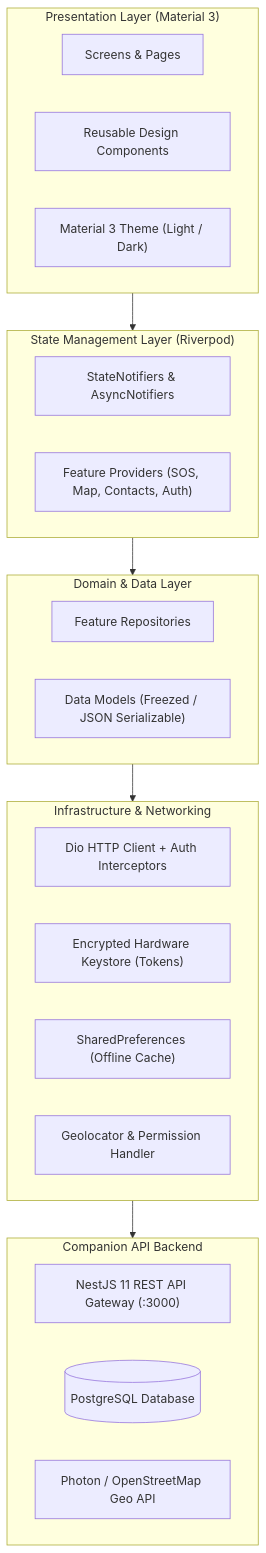
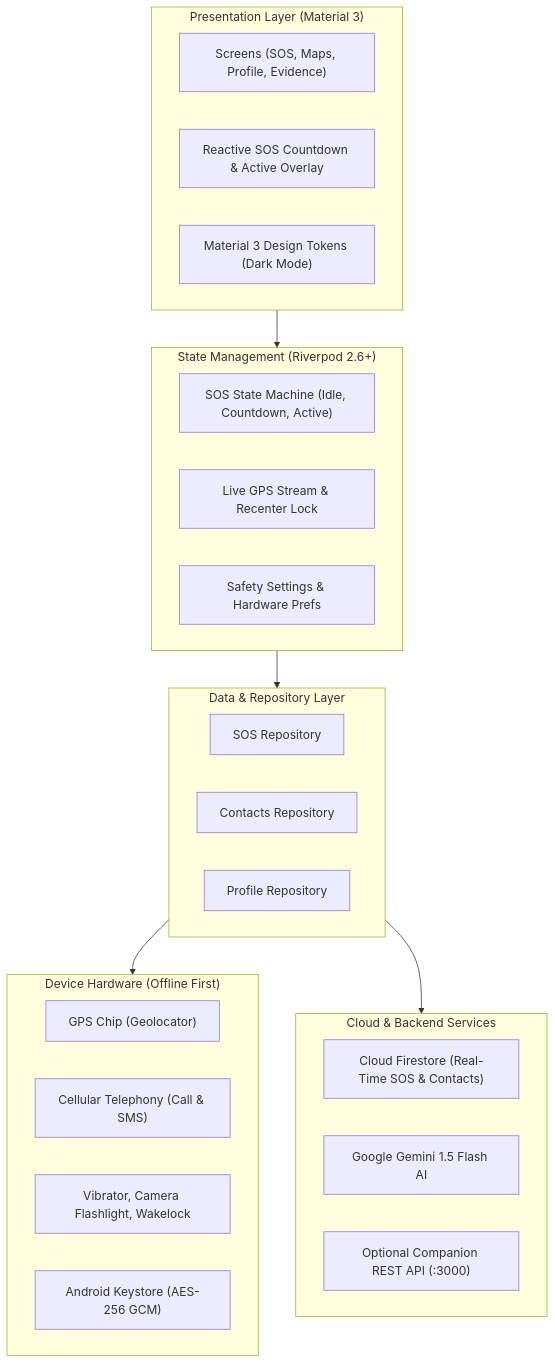
The diagram in README.md (codedbyamankanojiya/Nirbhaya), drawn with Mermaid before and after one commit. The commit also changed other lines of this file and 7 other files, not shown here.

````diff
--- a/README.md
+++ b/README.md
@@ -73,36 +72,38 @@
 ```mermaid
 graph TD
     subgraph UI ["Presentation Layer (Material 3)"]
-        Screens["Screens & Pages"]
-        Widgets["Reusable Design Components"]
-        Theme["Material 3 Theme (Light / Dark)"]
+        Screens["Screens (SOS, Maps, Profile, Evidence)"]
+        Overlays["Reactive SOS Countdown & Active Overlay"]
+        Theme["Material 3 Design Tokens (Dark Mode)"]
     end
 
-    subgraph State ["State Management Layer (Riverpod)"]
-        Notifiers["StateNotifiers & AsyncNotifiers"]
-        Providers["Feature Providers (SOS, Map, Contacts, Auth)"]
+    subgraph State ["State Management (Riverpod 2.6+)"]
+        SosNotifier["SOS State Machine (Idle, Countdown, Active)"]
+        MapNotifier["Live GPS Stream & Recenter Lock"]
+        SettingsNotifier["Safety Settings & Hardware Prefs"]
     end
 
-    subgraph Domain ["Domain & Data Layer"]
-        Repos["Feature Repositories"]
-        Models["Data Models (Freezed / JSON Serializable)"]
+    subgraph Data ["Data & Repository Layer"]
+        SosRepo["SOS Repository"]
+        ContactsRepo["Contacts Repository"]
+        ProfileRepo["Profile Repository"]
     end
 
-    subgraph Core ["Infrastructure & Networking"]
-        DioClient["Dio HTTP Client + Auth Interceptors"]
-        SecureStorage["Encrypted Hardware Keystore (Tokens)"]
-        LocalStorage["SharedPreferences (Offline Cache)"]
-        GeoService["Geolocator & Permission Handler"]
+    subgraph Hardware ["Device Hardware (Offline First)"]
+        GPS["GPS Chip (Geolocator)"]
+        PhoneDialer["Cellular Telephony (Call & SMS)"]
+        Sensors["Vibrator, Camera Flashlight, Wakelock"]
+        Keystore["Android Keystore (AES-256 GCM)"]
     end
 
-    subgraph Backend ["Companion API Backend"]
-        NestAPI["NestJS 11 REST API Gateway (:3000)"]
-        PostgresDB[("PostgreSQL Database")]
-        OSM["Photon / OpenStreetMap Geo API"]
+    subgraph Cloud ["Cloud & Backend Services"]
+        Firestore["Cloud Firestore (Real-Time SOS & Contacts)"]
+        GeminiAPI["Google Gemini 1.5 Flash AI"]
+        RestAPI["Optional Companion REST API (:3000)"]
     end
 
     UI --> State
-    State --> Domain
-    Domain --> Core
-    Core --> Backend
+    State --> Data
+    Data --> Hardware
+    Data --> Cloud
 ```
````
